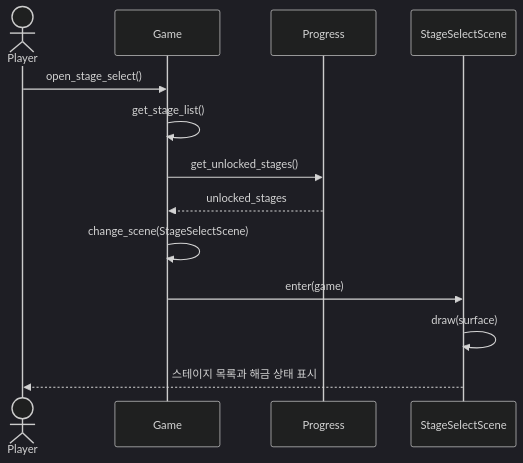
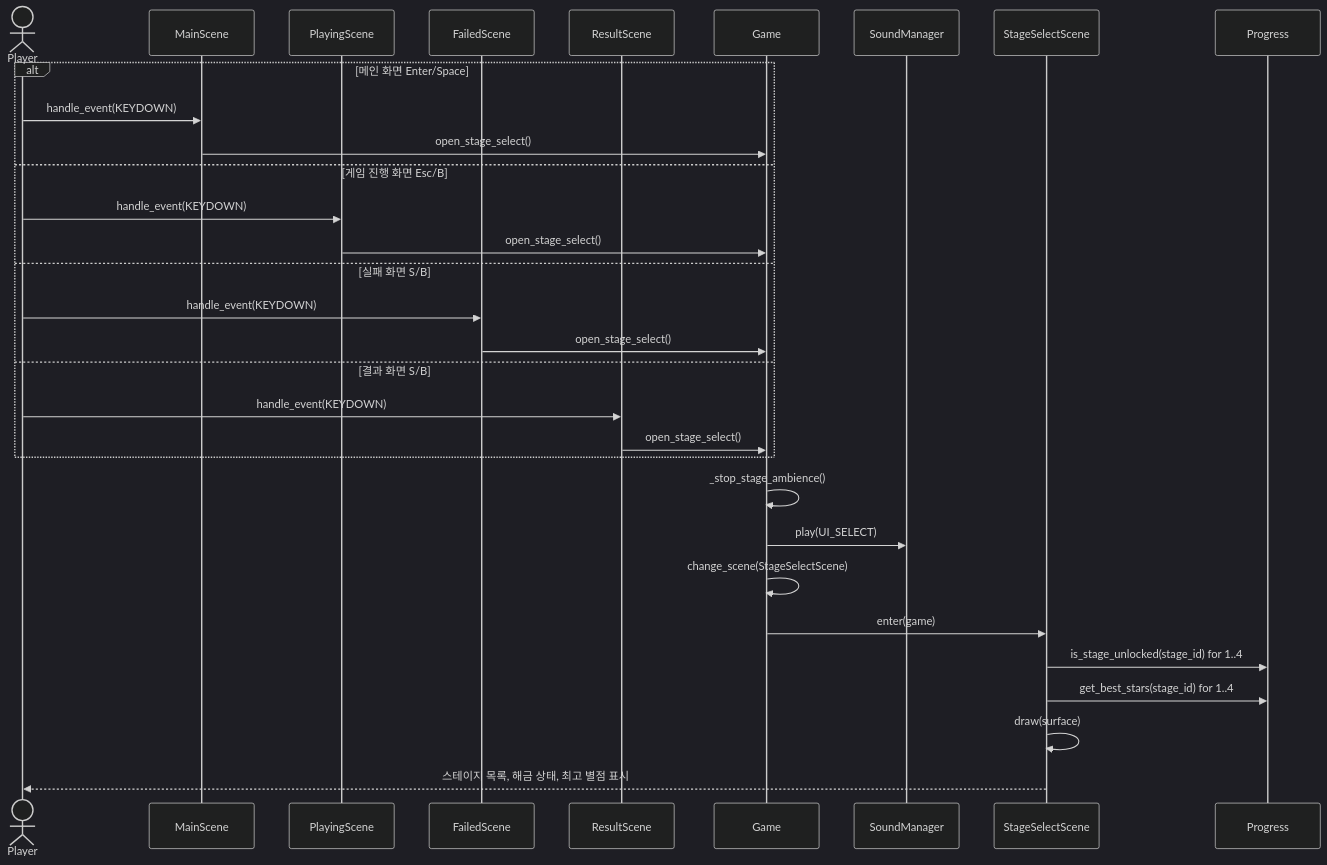
One commit to wisewo/kongoose changed the second of 7 diagrams in doc/05_sequence_diagrams.md. Above: the diagram before and after it, drawn with Mermaid (dark theme). The commit also changed other lines of this file and 33 other files, not shown here.

````diff
--- a/doc/05_sequence_diagrams.md
+++ b/doc/05_sequence_diagrams.md
@@ -60,16 +62,35 @@
 ```mermaid
 sequenceDiagram
     actor User as Player
+    participant MainScene
+    participant PlayingScene
+    participant FailedScene
+    participant ResultScene
     participant Game
+    participant SoundManager
+    participant StageSelectScene
     participant Progress
-    participant StageSelectScene
 
-    User->>Game: open_stage_select()
-    Game->>Game: get_stage_list()
-    Game->>Progress: get_unlocked_stages()
-    Progress-->>Game: unlocked_stages
+    alt 메인 화면 Enter/Space
+        User->>MainScene: handle_event(KEYDOWN)
+        MainScene->>Game: open_stage_select()
+    else 게임 진행 화면 Esc/B
+        User->>PlayingScene: handle_event(KEYDOWN)
+        PlayingScene->>Game: open_stage_select()
+    else 실패 화면 S/B
+        User->>FailedScene: handle_event(KEYDOWN)
+        FailedScene->>Game: open_stage_select()
+    else 결과 화면 S/B
+        User->>ResultScene: handle_event(KEYDOWN)
+        ResultScene->>Game: open_stage_select()
+    end
+
+    Game->>Game: _stop_stage_ambience()
+    Game->>SoundManager: play(UI_SELECT)
     Game->>Game: change_scene(StageSelectScene)
     Game->>StageSelectScene: enter(game)
+    StageSelectScene->>Progress: is_stage_unlocked(stage_id) for 1..4
+    StageSelectScene->>Progress: get_best_stars(stage_id) for 1..4
     StageSelectScene->>StageSelectScene: draw(surface)
-    StageSelectScene-->>User: 스테이지 목록과 해금 상태 표시
+    StageSelectScene-->>User: 스테이지 목록, 해금 상태, 최고 별점 표시
 ```
````
